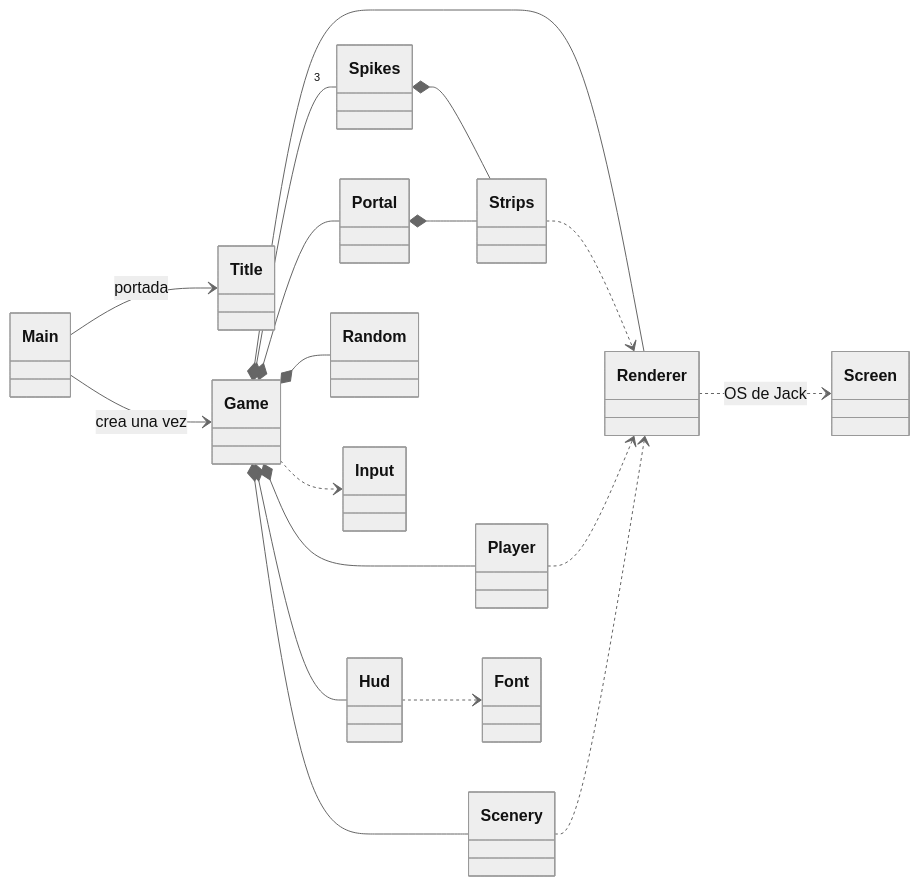
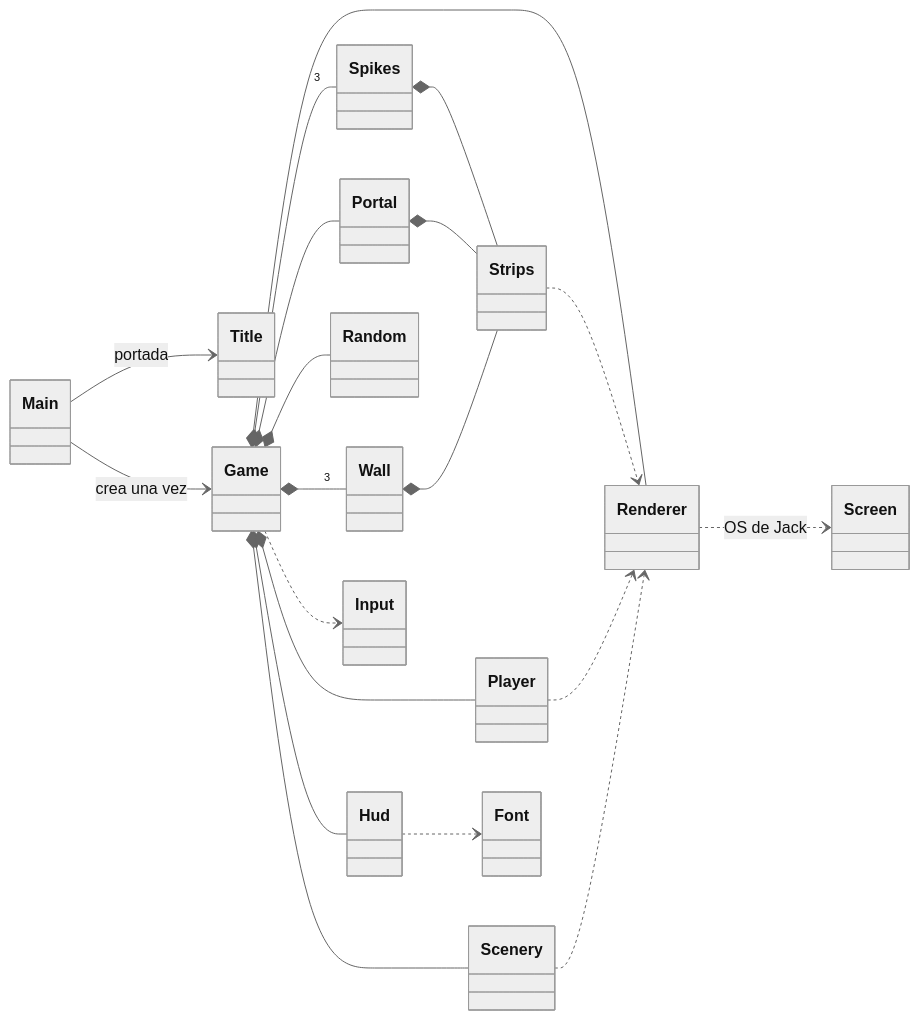
The first of 2 diagrams in docs/ARQUITECTURA.md (DParraP-dev/N2T_GeometryHASH_ORG), drawn with Mermaid (neutral theme) before and after one commit. The commit also changed other lines of this file and 4 other files, not shown here.

````diff
--- a/docs/ARQUITECTURA.md
+++ b/docs/ARQUITECTURA.md
@@ -8,21 +8,23 @@
 ```mermaid
 classDiagram
     direction LR
     Main --> Title : portada
     Main --> Game : crea una vez
     Game *-- Renderer
     Game *-- Hud
     Game *-- Scenery
     Game *-- Player
     Game *-- Portal
     Game *-- "3" Spikes
     Game *-- Random
     Spikes *-- Strips
     Portal *-- Strips
+    Game *-- "3" Wall
+    Wall *-- Strips
     Hud ..> Font
     Game ..> Input
     Strips ..> Renderer
     Player ..> Renderer
     Scenery ..> Renderer
     Renderer ..> Screen : OS de Jack
 ```
````
